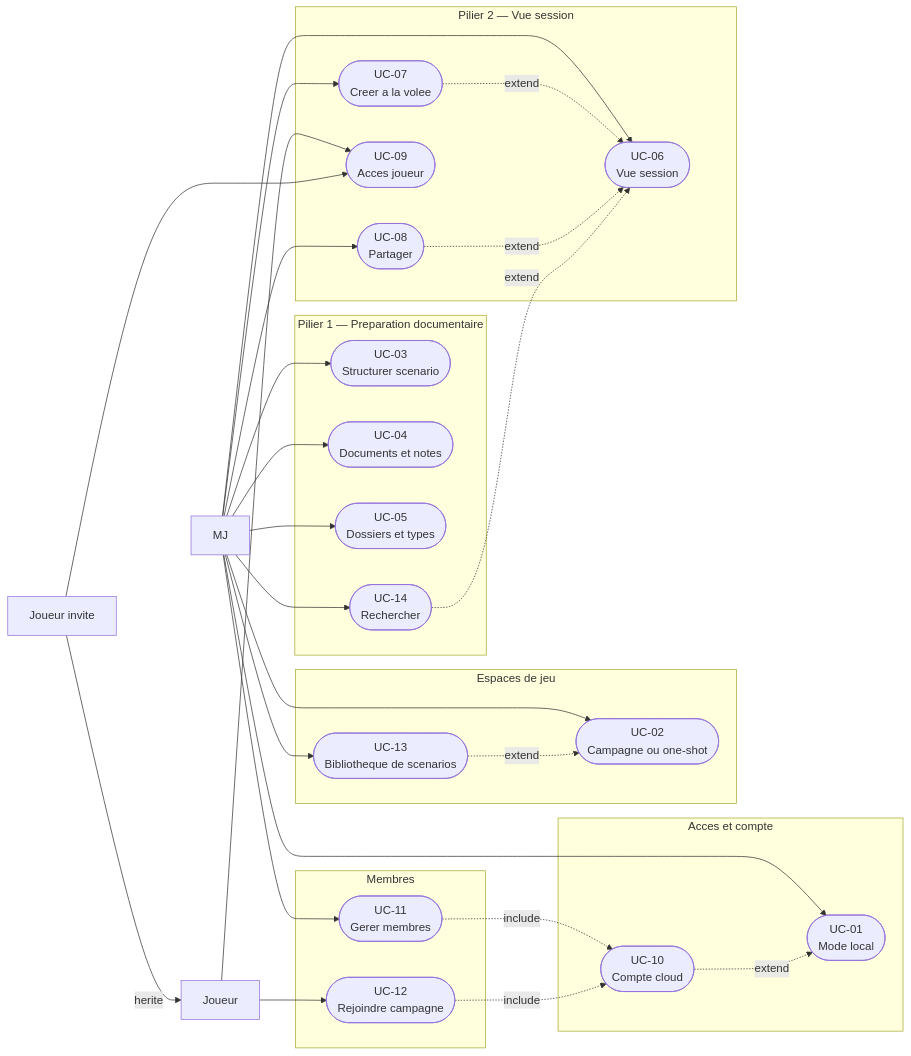
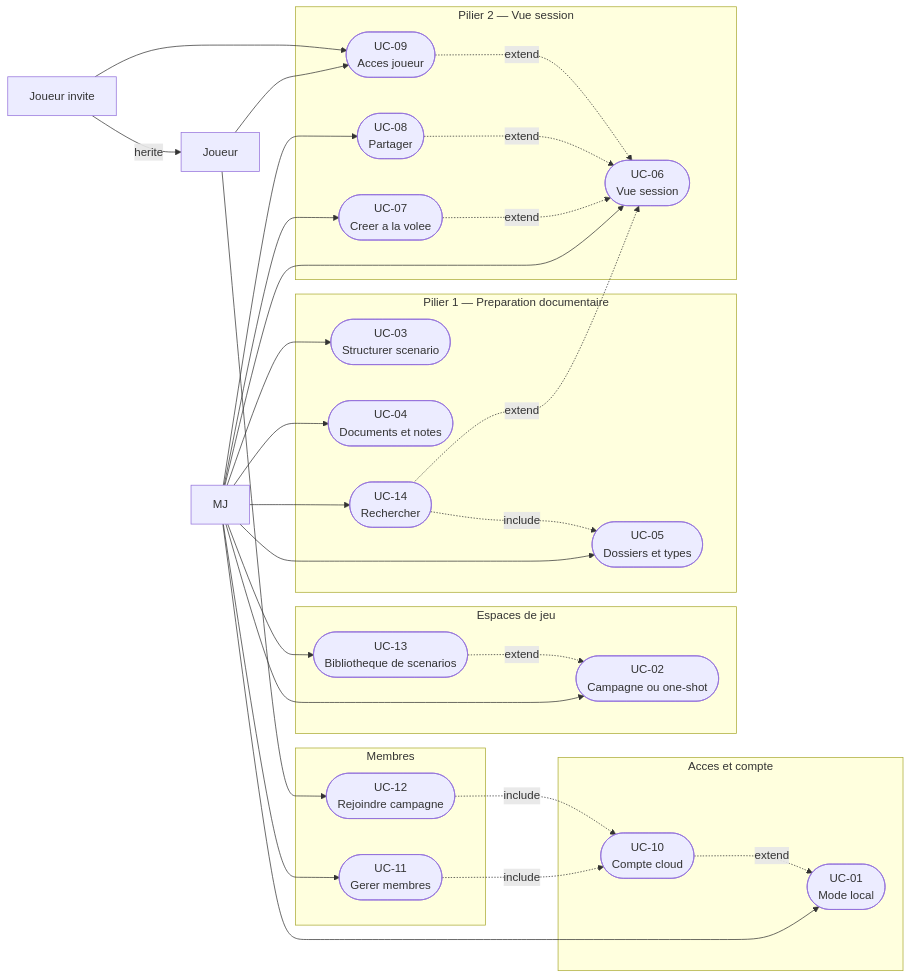
Before and after one commit to 2025-10-CDA-ECO-P6/PM-micro-saas: the second of 5 diagrams in docs/conception/usecases/use-cases.md, drawn with Mermaid. The commit also changed other lines of this file and 94 other files, not shown here.

````diff
--- a/docs/conception/usecases/use-cases.md
+++ b/docs/conception/usecases/use-cases.md
@@ -69,55 +69,57 @@
 ```mermaid
 flowchart LR
     MJ["MJ"]
     Joueur["Joueur"]
     JInvite["Joueur invite"]
     JInvite -- herite --> Joueur
 
     subgraph ACCES["Acces et compte"]
         UC01(["UC-01\nMode local"])
         UC10(["UC-10\nCompte cloud"])
     end
     subgraph ESPACES["Espaces de jeu"]
         UC02(["UC-02\nCampagne ou one-shot"])
         UC13(["UC-13\nBibliotheque de scenarios"])
     end
     subgraph PILIER1["Pilier 1 — Preparation documentaire"]
         UC03(["UC-03\nStructurer scenario"])
         UC04(["UC-04\nDocuments et notes"])
         UC05(["UC-05\nDossiers et types"])
         UC14(["UC-14\nRechercher"])
     end
     subgraph PILIER2["Pilier 2 — Vue session"]
         UC06(["UC-06\nVue session"])
         UC07(["UC-07\nCreer a la volee"])
         UC08(["UC-08\nPartager"])
         UC09(["UC-09\nAcces joueur"])
     end
     subgraph MEMBRES["Membres"]
         UC11(["UC-11\nGerer membres"])
         UC12(["UC-12\nRejoindre campagne"])
     end
 
     MJ --> UC01
     MJ --> UC02
     MJ --> UC03
     MJ --> UC04
     MJ --> UC05
     MJ --> UC13
     MJ --> UC06
     MJ --> UC07
     MJ --> UC08
     MJ --> UC11
     MJ --> UC14
     Joueur --> UC09
     Joueur --> UC12
     JInvite --> UC09
 
     UC10 -.->|"extend"| UC01
     UC13 -.->|"extend"| UC02
     UC07 -.->|"extend"| UC06
     UC08 -.->|"extend"| UC06
+    UC09 -.->|"extend"| UC06
     UC14 -.->|"extend"| UC06
+    UC14 -.->|"include"| UC05
     UC11 -.->|"include"| UC10
     UC12 -.->|"include"| UC10
 ```
````
